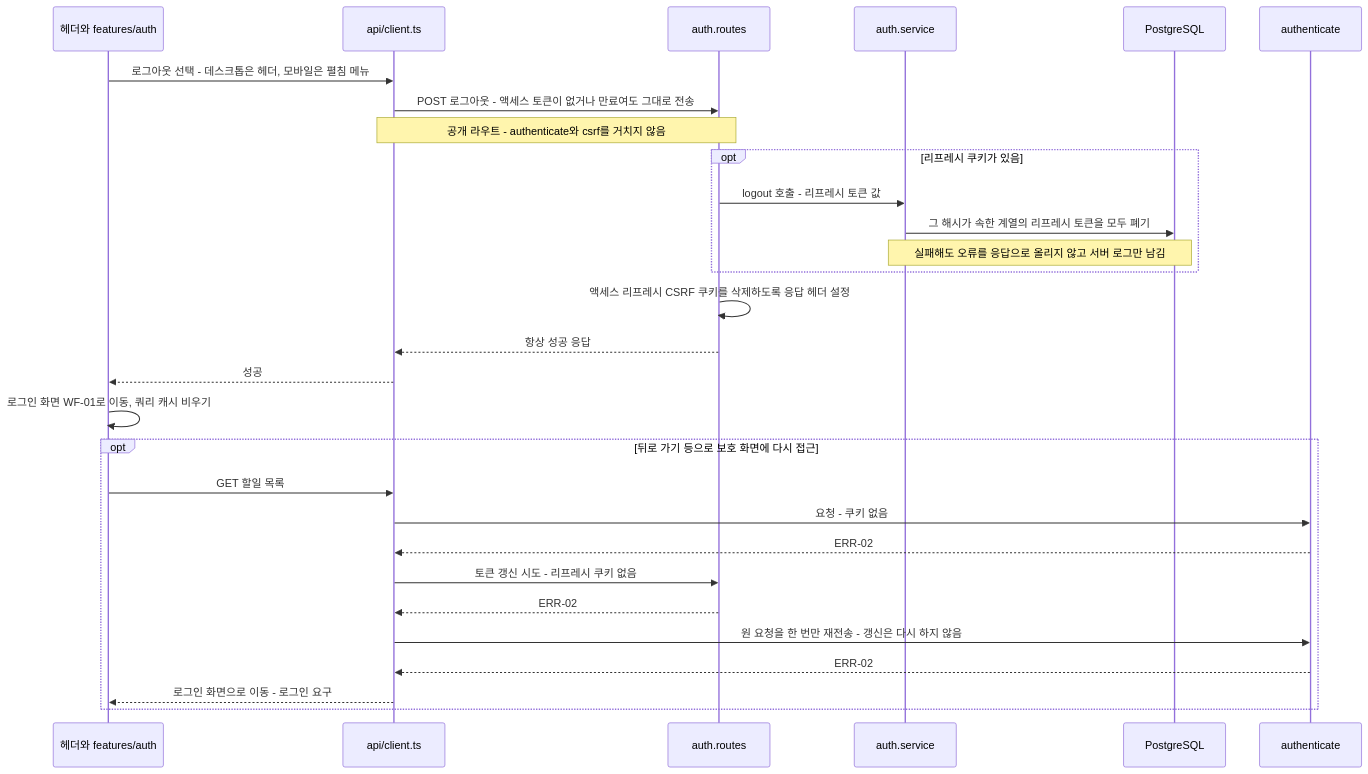
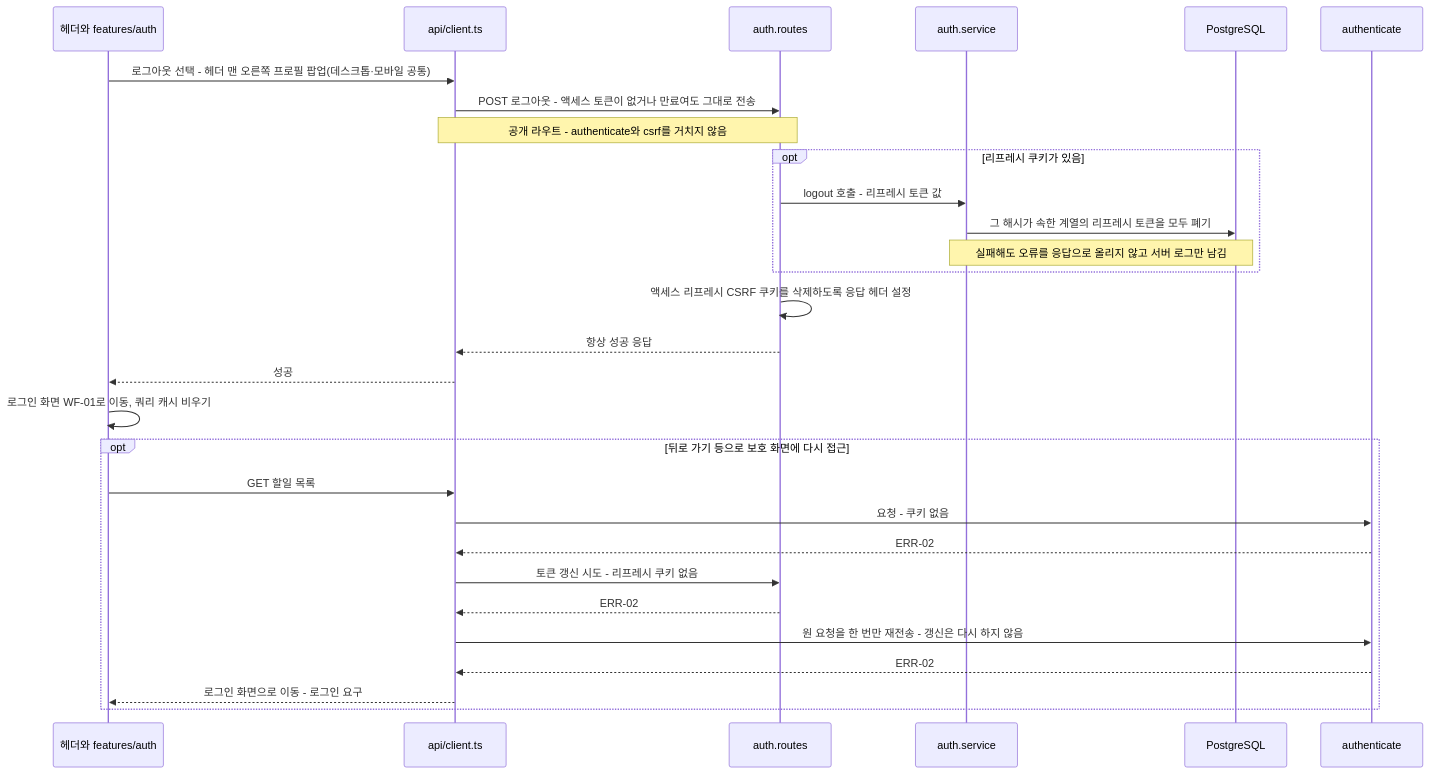
Before and after one commit to Palbok-Kim/todolist-app: diagram 12 of 13 in docs/6-arch-diagram.md, drawn with Mermaid. The commit also changed other lines of this file and 67 other files, not shown here.

````diff
--- a/docs/6-arch-diagram.md
+++ b/docs/6-arch-diagram.md
@@ -686,32 +687,32 @@
 ```mermaid
 sequenceDiagram
     participant UI as 헤더와 features/auth
     participant CL as api/client.ts
     participant RT as auth.routes
     participant SV as auth.service
     participant DB as PostgreSQL
     participant AU as authenticate
 
-    UI->>CL: 로그아웃 선택 - 데스크톱은 헤더, 모바일은 펼침 메뉴
+    UI->>CL: 로그아웃 선택 - 헤더 맨 오른쪽 프로필 팝업(데스크톱·모바일 공통)
     CL->>RT: POST 로그아웃 - 액세스 토큰이 없거나 만료여도 그대로 전송
     Note over CL,RT: 공개 라우트 - authenticate와 csrf를 거치지 않음
     opt 리프레시 쿠키가 있음
         RT->>SV: logout 호출 - 리프레시 토큰 값
         SV->>DB: 그 해시가 속한 계열의 리프레시 토큰을 모두 폐기
         Note over SV,DB: 실패해도 오류를 응답으로 올리지 않고 서버 로그만 남김
     end
     RT->>RT: 액세스 리프레시 CSRF 쿠키를 삭제하도록 응답 헤더 설정
     RT-->>CL: 항상 성공 응답
     CL-->>UI: 성공
     UI->>UI: 로그인 화면 WF-01로 이동, 쿼리 캐시 비우기
     opt 뒤로 가기 등으로 보호 화면에 다시 접근
         UI->>CL: GET 할일 목록
         CL->>AU: 요청 - 쿠키 없음
         AU-->>CL: ERR-02
         CL->>RT: 토큰 갱신 시도 - 리프레시 쿠키 없음
         RT-->>CL: ERR-02
         CL->>AU: 원 요청을 한 번만 재전송 - 갱신은 다시 하지 않음
         AU-->>CL: ERR-02
         CL-->>UI: 로그인 화면으로 이동 - 로그인 요구
     end
 ```
````
